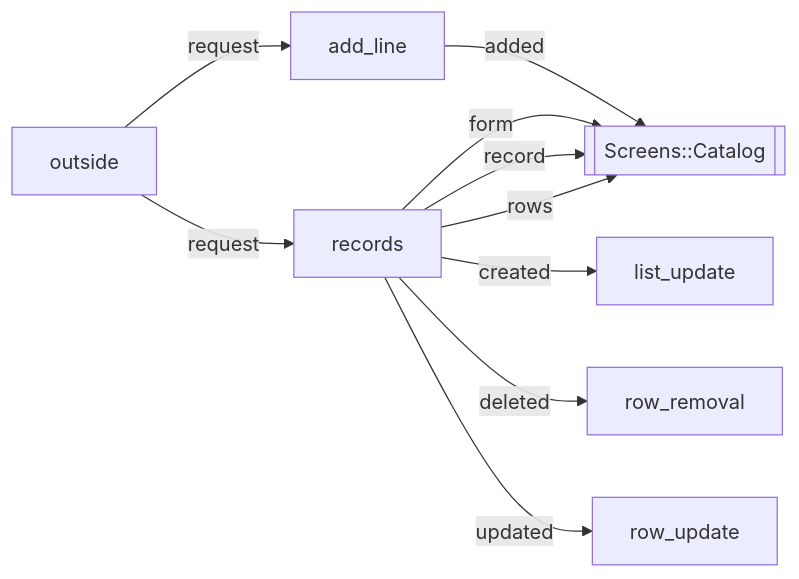
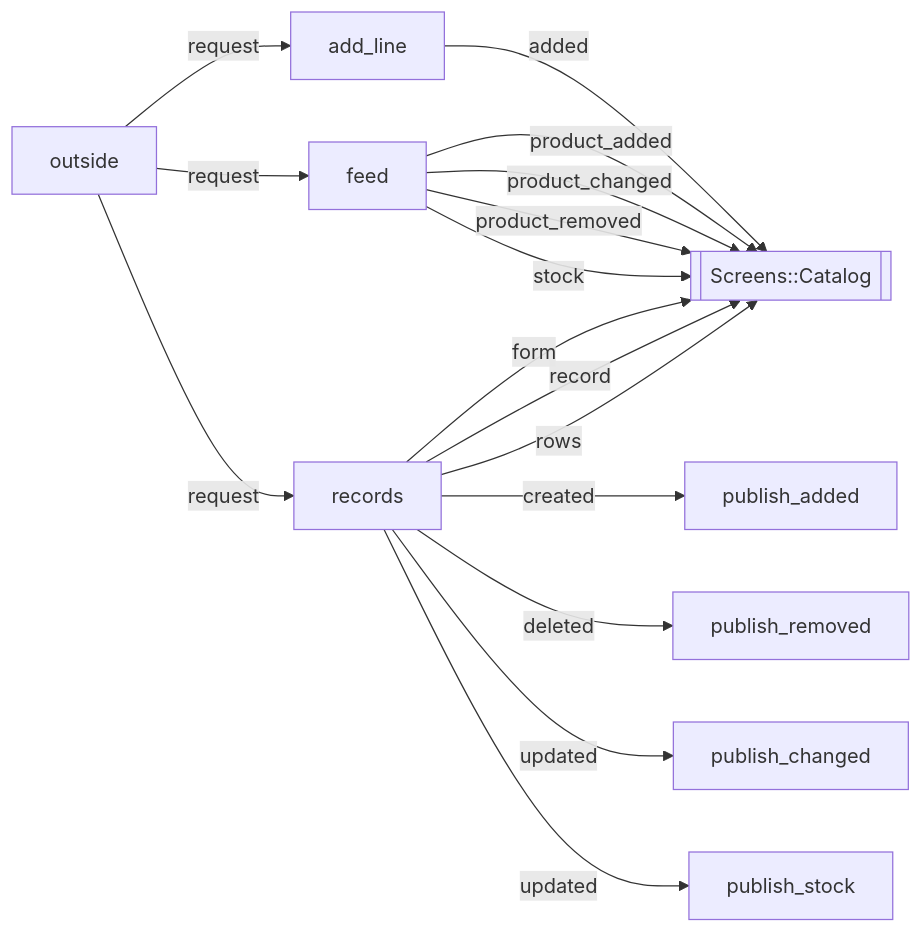
One commit to modellurgist/ala_variants_ruby changed the diagram in v07-plain-features/docs/diagrams/running/catalog.md. Above: the diagram before and after it, drawn with Mermaid. The commit also changed 592 other files, not shown here.

````diff
--- a/v07-plain-features/docs/diagrams/running/catalog.md
+++ b/v07-plain-features/docs/diagrams/running/catalog.md
@@ -3,18 +3,26 @@
 ```mermaid
 flowchart LR
   screen[[Screens::Catalog]]
   records[records]
   add_line[add_line]
-  list_update[list_update]
-  row_update[row_update]
-  row_removal[row_removal]
+  feed[feed]
+  publish_added[publish_added]
+  publish_changed[publish_changed]
+  publish_removed[publish_removed]
+  publish_stock[publish_stock]
   outside -- request --> add_line
+  outside -- request --> feed
   outside -- request --> records
   add_line -- added --> screen
-  records -- created --> list_update
-  records -- deleted --> row_removal
+  feed -- product_added --> screen
+  feed -- product_changed --> screen
+  feed -- product_removed --> screen
+  feed -- stock --> screen
+  records -- created --> publish_added
+  records -- deleted --> publish_removed
   records -- form --> screen
   records -- record --> screen
   records -- rows --> screen
-  records -- updated --> row_update
+  records -- updated --> publish_changed
+  records -- updated --> publish_stock
 ```
````
